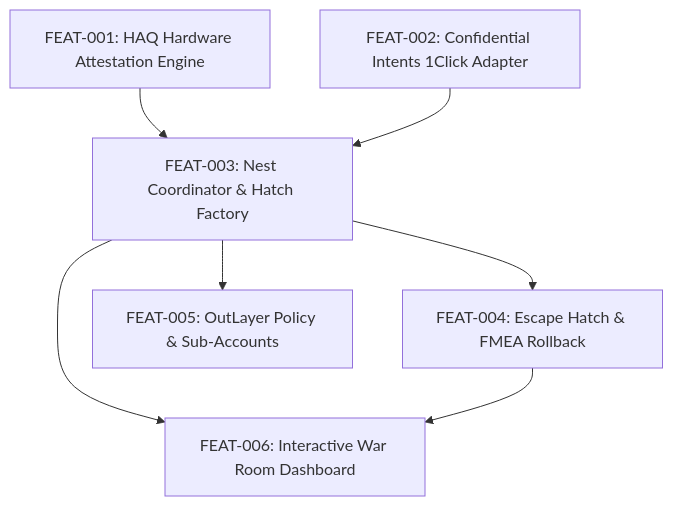
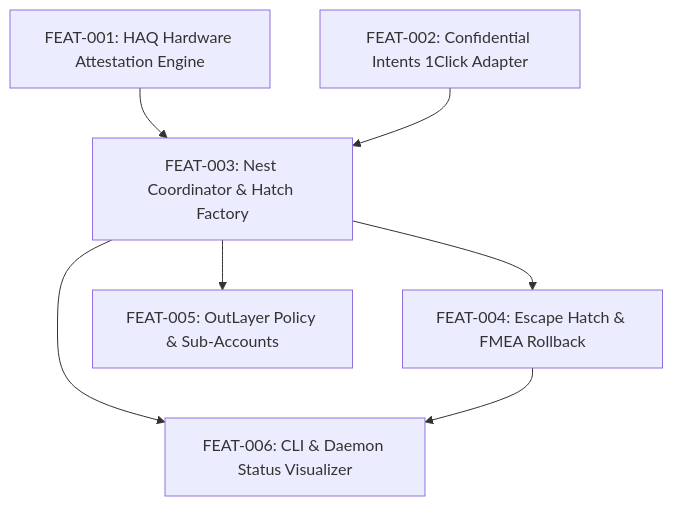
Before and after one commit to etvjay/midge: the diagram in docs/implementation-plan.md, drawn with Mermaid. The commit also changed other lines of this file and 35 other files, not shown here.

````diff
--- a/docs/implementation-plan.md
+++ b/docs/implementation-plan.md
@@ -10,16 +10,16 @@
 ```mermaid
 flowchart TD
     FEAT001["FEAT-001: HAQ Hardware Attestation Engine"]
     FEAT002["FEAT-002: Confidential Intents 1Click Adapter"]
     FEAT003["FEAT-003: Nest Coordinator & Hatch Factory"]
     FEAT004["FEAT-004: Escape Hatch & FMEA Rollback"]
     FEAT005["FEAT-005: OutLayer Policy & Sub-Accounts"]
-    FEAT006["FEAT-006: Interactive War Room Dashboard"]
+    FEAT006["FEAT-006: CLI & Daemon Status Visualizer"]
 
     FEAT001 --> FEAT003
     FEAT002 --> FEAT003
     FEAT003 --> FEAT004
     FEAT003 --> FEAT005
     FEAT003 --> FEAT006
     FEAT004 --> FEAT006
 ```
````
